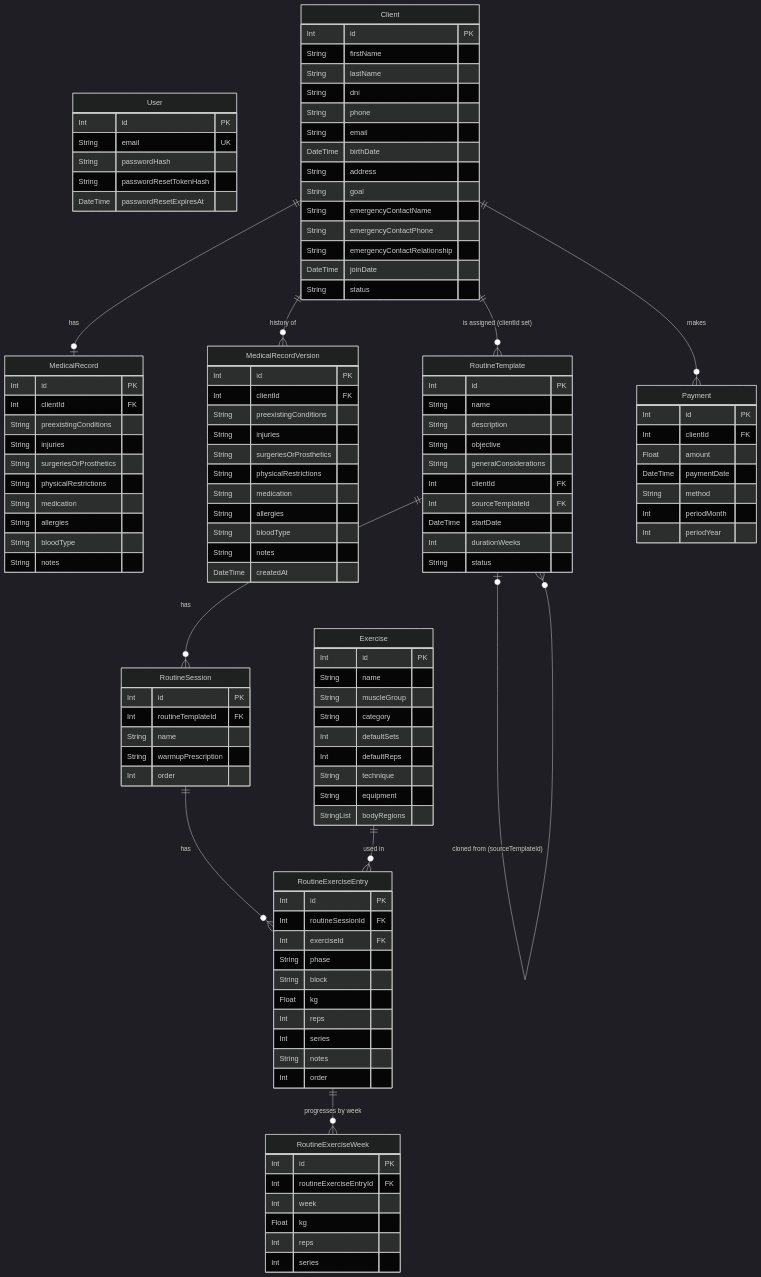
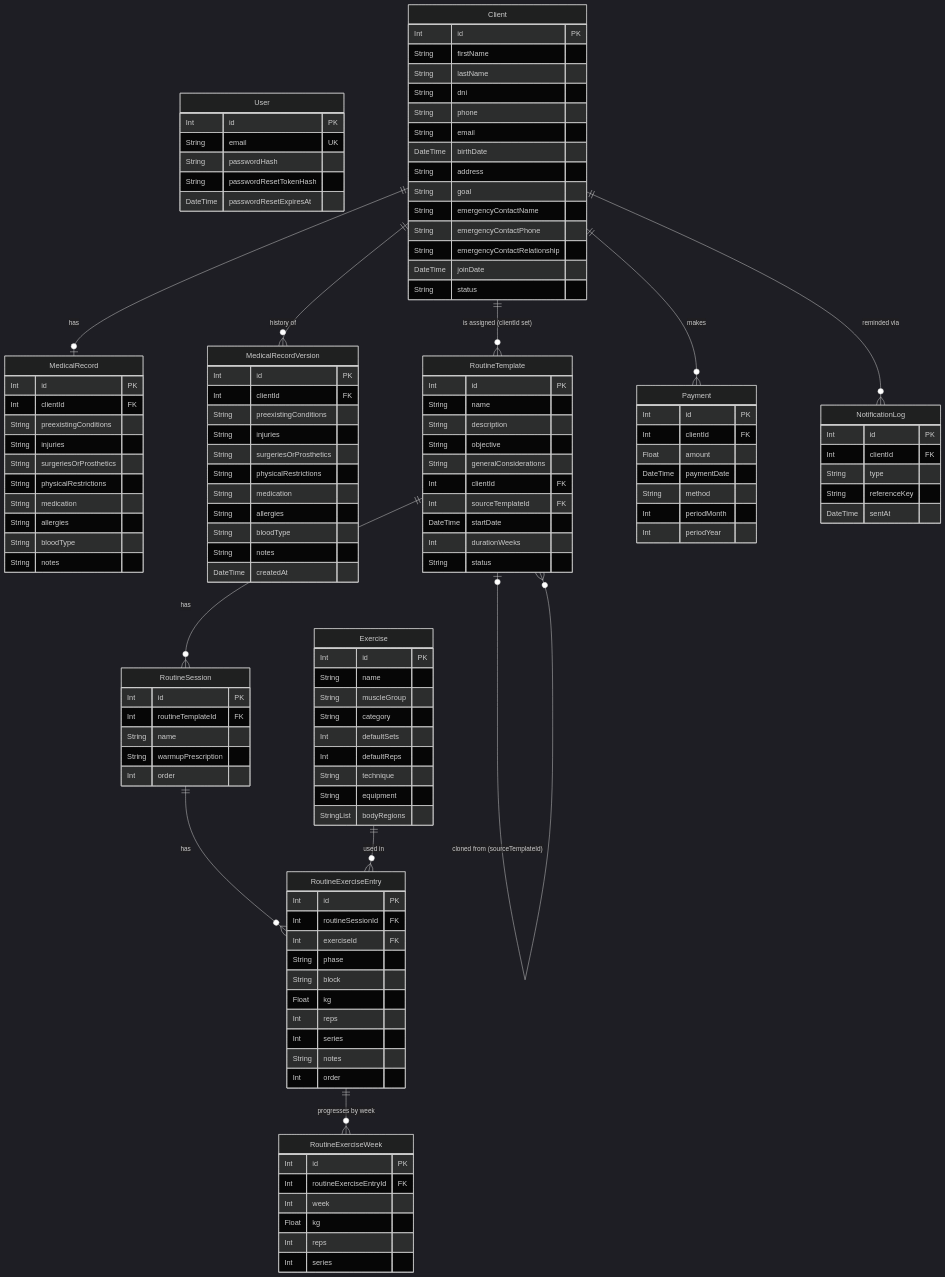
The diagram in docs/data-model.md (leortega33/AI4Devs-finalproject), drawn with Mermaid (dark theme) before and after one commit. The commit also changed other lines of this file and 31 other files, not shown here.

```diff
--- a/docs/data-model.md
+++ b/docs/data-model.md
@@ -282,11 +296,19 @@
         Int periodMonth
         Int periodYear
     }
+    NotificationLog {
+        Int id PK
+        Int clientId FK
+        String type
+        String referenceKey
+        DateTime sentAt
+    }
 
     Client ||--o| MedicalRecord : "has"
     Client ||--o{ MedicalRecordVersion : "history of"
     Client ||--o{ RoutineTemplate : "is assigned (clientId set)"
     Client ||--o{ Payment : "makes"
+    Client ||--o{ NotificationLog : "reminded via"
 
     RoutineTemplate ||--o{ RoutineSession : "has"
     RoutineTemplate |o--o{ RoutineTemplate : "cloned from (sourceTemplateId)"
```
